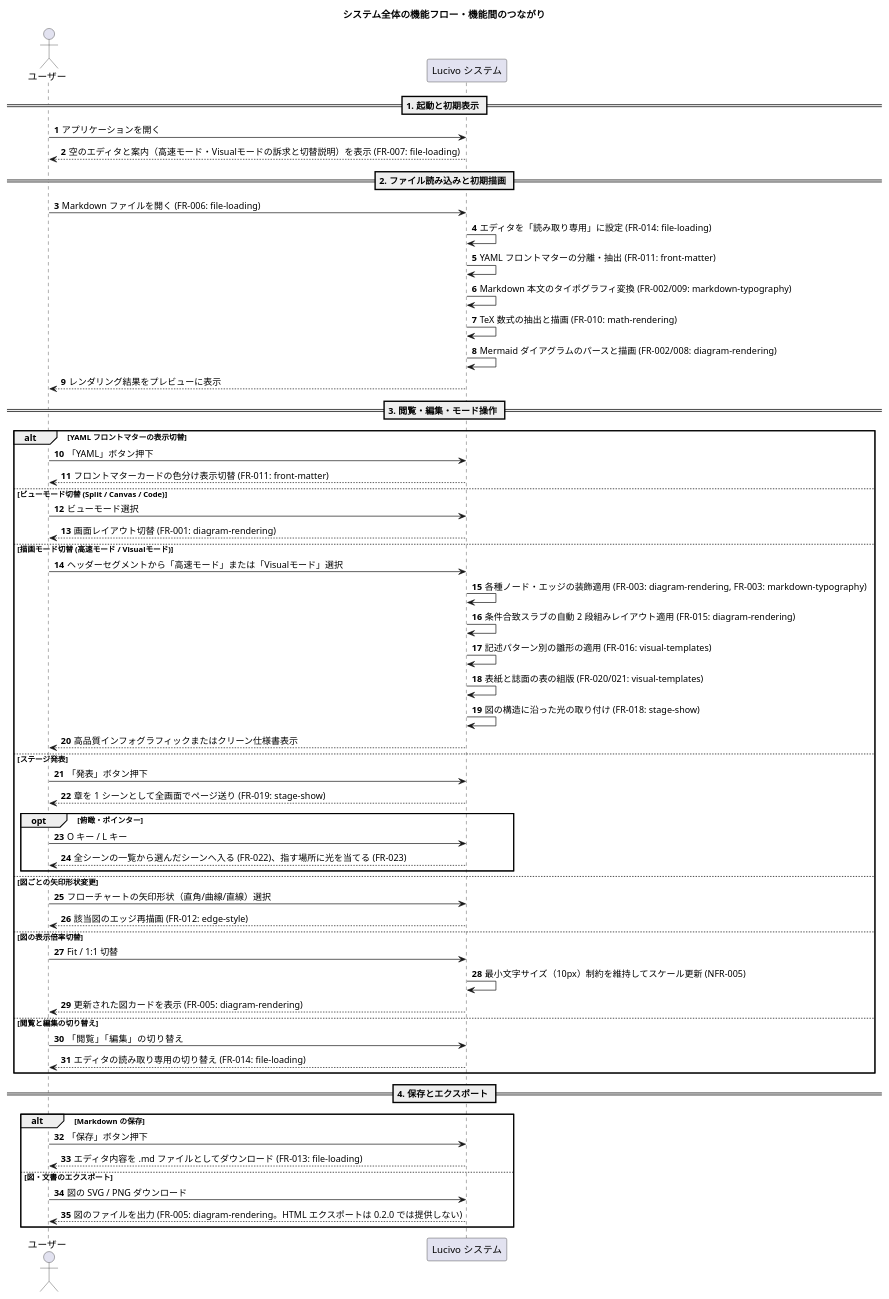
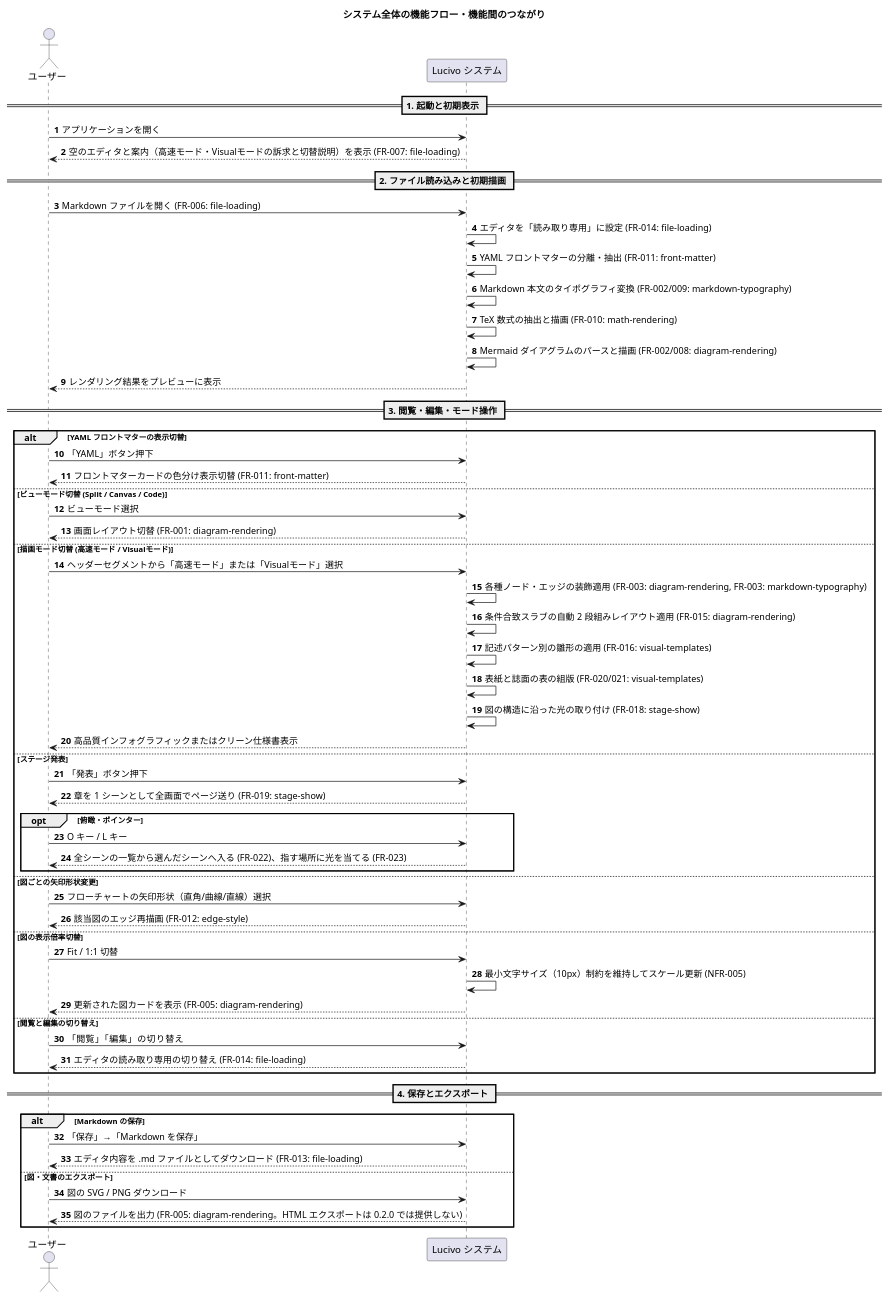
Before and after one commit to prankster-freedom/Lucivo: the second of 2 diagrams in doc/1.SRS.md, drawn with PlantUML. The commit also changed other lines of this file and 31 other files, not shown here.

````diff
--- a/doc/1.SRS.md
+++ b/doc/1.SRS.md
@@ -134,64 +134,64 @@
 ```plantuml
 @startuml
 title システム全体の機能フロー・機能間のつながり
 autonumber
 actor "ユーザー" as User
 participant "Lucivo システム" as App
 
 == 1. 起動と初期表示 ==
 User -> App: アプリケーションを開く
 App --> User: 空のエディタと案内（高速モード・Visualモードの訴求と切替説明）を表示 (FR-007: file-loading)
 
 == 2. ファイル読み込みと初期描画 ==
 User -> App: Markdown ファイルを開く (FR-006: file-loading)
 App -> App: エディタを「読み取り専用」に設定 (FR-014: file-loading)
 App -> App: YAML フロントマターの分離・抽出 (FR-011: front-matter)
 App -> App: Markdown 本文のタイポグラフィ変換 (FR-002/009: markdown-typography)
 App -> App: TeX 数式の抽出と描画 (FR-010: math-rendering)
 App -> App: Mermaid ダイアグラムのパースと描画 (FR-002/008: diagram-rendering)
 App --> User: レンダリング結果をプレビューに表示
 
 == 3. 閲覧・編集・モード操作 ==
 alt YAML フロントマターの表示切替
   User -> App: 「YAML」ボタン押下
   App --> User: フロントマターカードの色分け表示切替 (FR-011: front-matter)
 else ビューモード切替 (Split / Canvas / Code)
   User -> App: ビューモード選択
   App --> User: 画面レイアウト切替 (FR-001: diagram-rendering)
 else 描画モード切替 (高速モード / Visualモード)
   User -> App: ヘッダーセグメントから「高速モード」または「Visualモード」選択
   App -> App: 各種ノード・エッジの装飾適用 (FR-003: diagram-rendering, FR-003: markdown-typography)
   App -> App: 条件合致スラブの自動 2 段組みレイアウト適用 (FR-015: diagram-rendering)
   App -> App: 記述パターン別の雛形の適用 (FR-016: visual-templates)
   App -> App: 表紙と誌面の表の組版 (FR-020/021: visual-templates)
   App -> App: 図の構造に沿った光の取り付け (FR-018: stage-show)
   App --> User: 高品質インフォグラフィックまたはクリーン仕様書表示
 else ステージ発表
   User -> App: 「発表」ボタン押下
   App --> User: 章を 1 シーンとして全画面でページ送り (FR-019: stage-show)
   opt 俯瞰・ポインター
     User -> App: O キー / L キー
     App --> User: 全シーンの一覧から選んだシーンへ入る (FR-022)、指す場所に光を当てる (FR-023)
   end
 else 図ごとの矢印形状変更
   User -> App: フローチャートの矢印形状（直角/曲線/直線）選択
   App --> User: 該当図のエッジ再描画 (FR-012: edge-style)
 else 図の表示倍率切替
   User -> App: Fit / 1:1 切替
   App -> App: 最小文字サイズ（10px）制約を維持してスケール更新 (NFR-005)
   App --> User: 更新された図カードを表示 (FR-005: diagram-rendering)
 else 閲覧と編集の切り替え
   User -> App: 「閲覧」「編集」の切り替え
   App --> User: エディタの読み取り専用の切り替え (FR-014: file-loading)
 end
 
 == 4. 保存とエクスポート ==
 alt Markdown の保存
-  User -> App: 「保存」ボタン押下
+  User -> App: 「保存」→「Markdown を保存」
   App --> User: エディタ内容を .md ファイルとしてダウンロード (FR-013: file-loading)
 else 図・文書のエクスポート
   User -> App: 図の SVG / PNG ダウンロード
   App --> User: 図のファイルを出力 (FR-005: diagram-rendering。HTML エクスポートは 0.2.0 では提供しない)
 end
 @enduml
 ```
````
